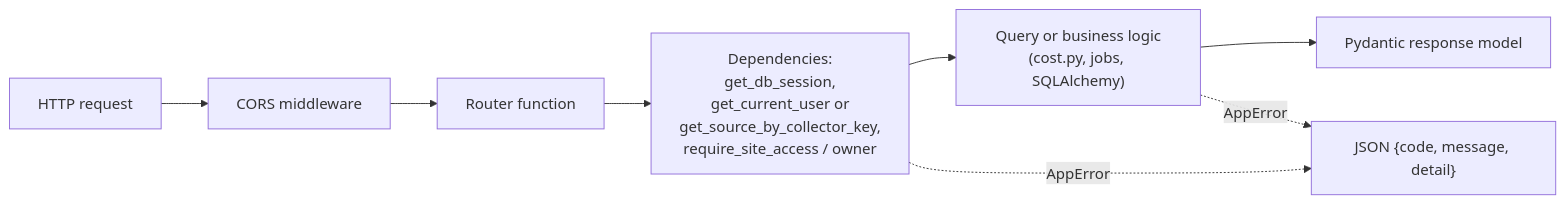
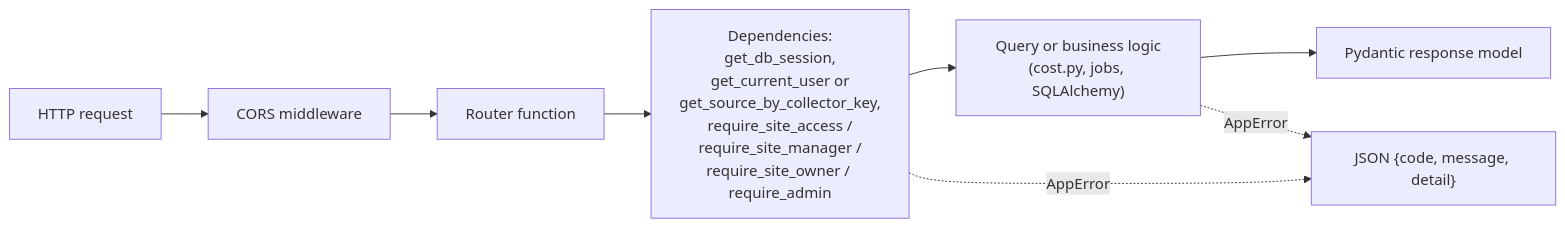
Before and after one commit to sschwetz/wattwise: the diagram in docs/core-api.md, drawn with Mermaid. The commit also changed other lines of this file and 10 other files, not shown here.

Commit message:
docs: describe admin users and the manager role

````diff
--- a/docs/core-api.md
+++ b/docs/core-api.md
@@ -36,9 +37,9 @@
 ```mermaid
 flowchart LR
     R["HTTP request"] --> CORS["CORS middleware"] --> ROUTE["Router function"]
-    ROUTE --> DEP["Dependencies:<br/>get_db_session,<br/>get_current_user or<br/>get_source_by_collector_key,<br/>require_site_access / owner"]
+    ROUTE --> DEP["Dependencies:<br/>get_db_session,<br/>get_current_user or<br/>get_source_by_collector_key,<br/>require_site_access /<br/>require_site_manager /<br/>require_site_owner / require_admin"]
     DEP --> LOGIC["Query or business logic<br/>(cost.py, jobs, SQLAlchemy)"]
     LOGIC --> OUT["Pydantic response model"]
     DEP -. "AppError" .-> ERR["JSON {code, message, detail}"]
     LOGIC -. "AppError" .-> ERR
 ```
````
